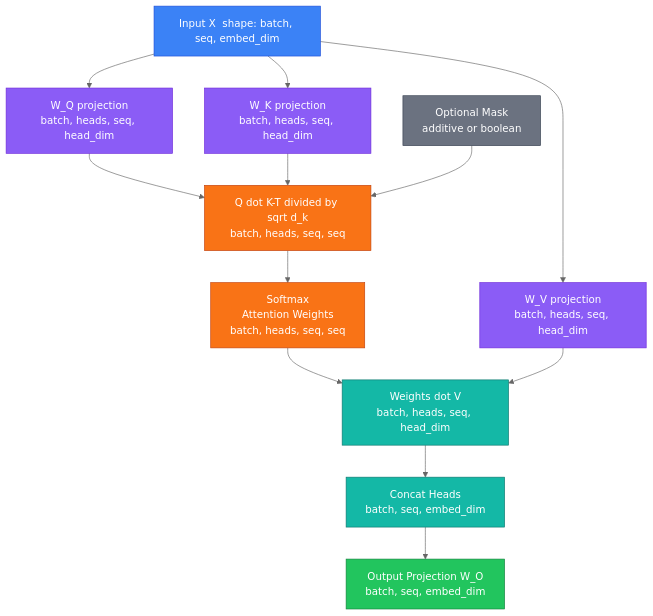
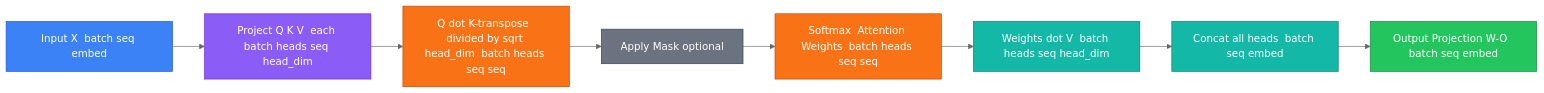
Before and after one commit to hkevin01/transformer-demo: the second of 11 diagrams in README.md, drawn with Mermaid (neutral theme). The commit also changed other lines of this file, not shown here.

Commit message:
Enhance README with detailed comparisons between MLP and self-attention mechanisms

````diff
--- a/README.md
+++ b/README.md
@@ -216,35 +237,22 @@
 ```mermaid
-flowchart TD
-    INP["Input X  shape: batch, seq, embed_dim"]
-    WQ["W_Q projection\nbatch, heads, seq, head_dim"]
-    WK["W_K projection\nbatch, heads, seq, head_dim"]
-    WV["W_V projection\nbatch, heads, seq, head_dim"]
-    SCORES["Q dot K-T divided by sqrt d_k\nbatch, heads, seq, seq"]
-    MASK["Optional Mask\nadditive or boolean"]
-    SOFTMAX["Softmax\nAttention Weights\nbatch, heads, seq, seq"]
-    ATTENDED["Weights dot V\nbatch, heads, seq, head_dim"]
-    MERGE["Concat Heads\nbatch, seq, embed_dim"]
-    OUT["Output Projection W_O\nbatch, seq, embed_dim"]
+flowchart LR
+    INP["Input X  batch seq embed"]
+    PROJ["Project Q K V  each batch heads seq head_dim"]
+    SCORES["Q dot K-transpose  divided by sqrt head_dim  batch heads seq seq"]
+    MASK["Apply Mask  optional"]
+    SOFTMAX["Softmax  Attention Weights  batch heads seq seq"]
+    ATTENDED["Weights dot V  batch heads seq head_dim"]
+    MERGE["Concat all heads  batch seq embed"]
+    OUT["Output Projection W-O  batch seq embed"]
 
-    INP --> WQ
-    INP --> WK
-    INP --> WV
-    WQ --> SCORES
-    WK --> SCORES
-    MASK --> SCORES
-    SCORES --> SOFTMAX
-    SOFTMAX --> ATTENDED
-    WV --> ATTENDED
-    ATTENDED --> MERGE --> OUT
+    INP --> PROJ --> SCORES --> MASK --> SOFTMAX --> ATTENDED --> MERGE --> OUT
 
     style INP fill:#3b82f6,stroke:#1d4ed8,color:#fff
-    style WQ fill:#8b5cf6,stroke:#6d28d9,color:#fff
-    style WK fill:#8b5cf6,stroke:#6d28d9,color:#fff
-    style WV fill:#8b5cf6,stroke:#6d28d9,color:#fff
+    style PROJ fill:#8b5cf6,stroke:#6d28d9,color:#fff
     style SCORES fill:#f97316,stroke:#c2410c,color:#fff
     style MASK fill:#6b7280,stroke:#374151,color:#fff
     style SOFTMAX fill:#f97316,stroke:#c2410c,color:#fff
     style ATTENDED fill:#14b8a6,stroke:#0f766e,color:#fff
     style MERGE fill:#14b8a6,stroke:#0f766e,color:#fff
     style OUT fill:#22c55e,stroke:#15803d,color:#fff
 ```
````
